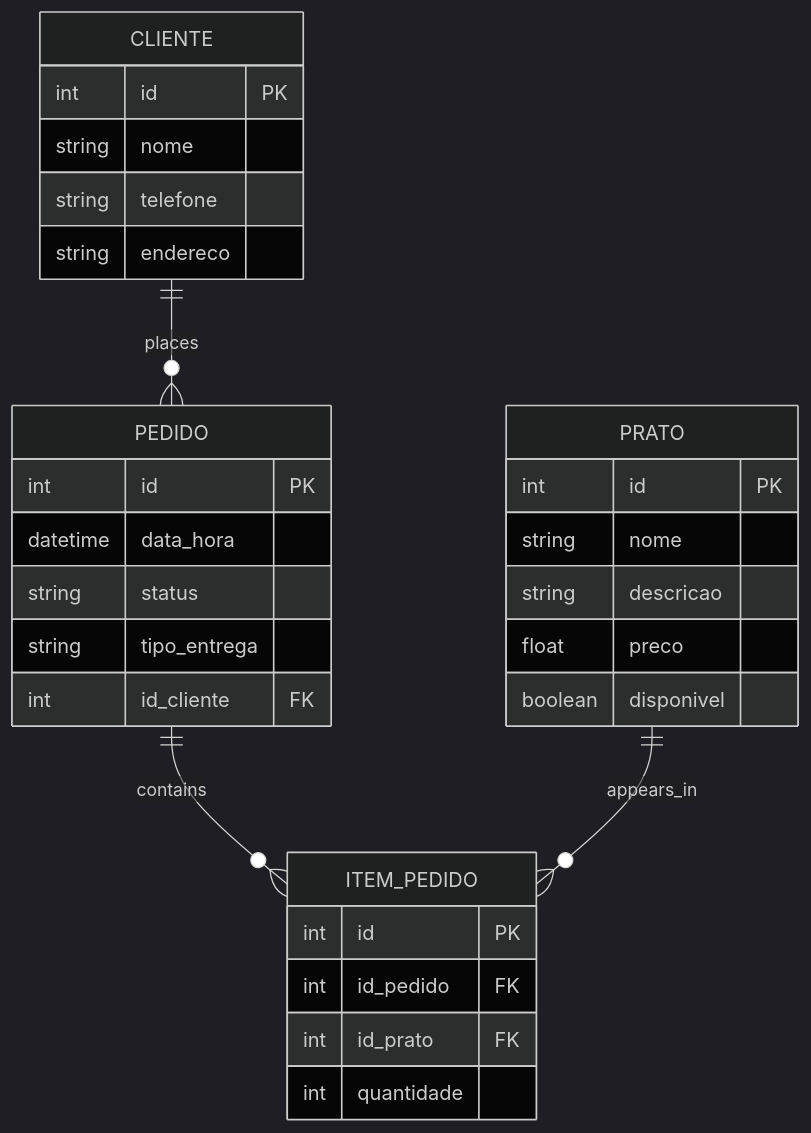
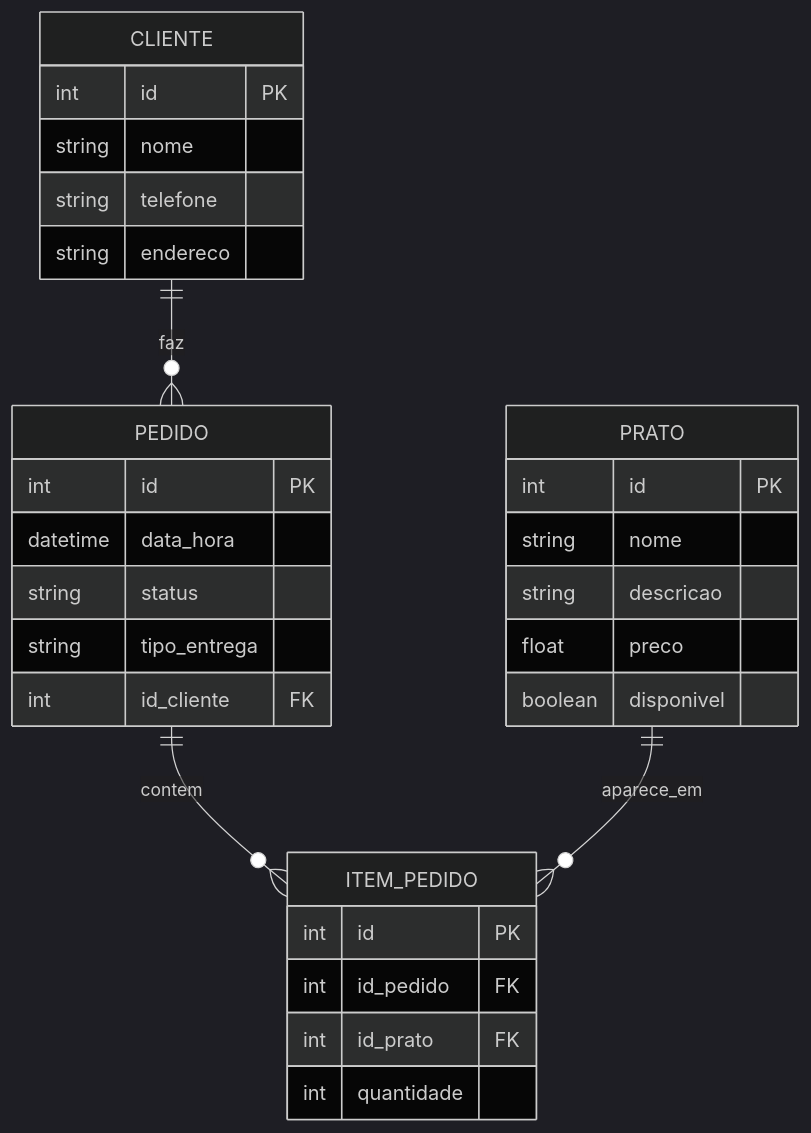
One commit to inzekwe/Online-Restaurant-Grupo-1- changed the second of 2 diagrams in README.md. Above: the diagram before and after it, drawn with Mermaid (dark theme). The commit also changed other lines of this file and 1 other file, not shown here.

````diff
--- a/README.md
+++ b/README.md
@@ -65,32 +65,32 @@
 ```mermaid
 erDiagram
-    CLIENTE ||--o{ PEDIDO : places
-    PEDIDO ||--o{ ITEM_PEDIDO : contains
-    PRATO ||--o{ ITEM_PEDIDO : appears_in
+    CLIENTE ||--o{ PEDIDO : faz
+    PEDIDO ||--o{ ITEM_PEDIDO : contem
+    PRATO ||--o{ ITEM_PEDIDO : aparece_em
     CLIENTE {
         int id PK
         string nome
         string telefone
         string endereco
     }
     PEDIDO {
         int id PK
         datetime data_hora
         string status
         string tipo_entrega
         int id_cliente FK
     }
     ITEM_PEDIDO {
         int id PK
         int id_pedido FK
         int id_prato FK
         int quantidade
     }
     PRATO {
         int id PK
         string nome
         string descricao
         float preco
         boolean disponivel
     }
 ```
````
